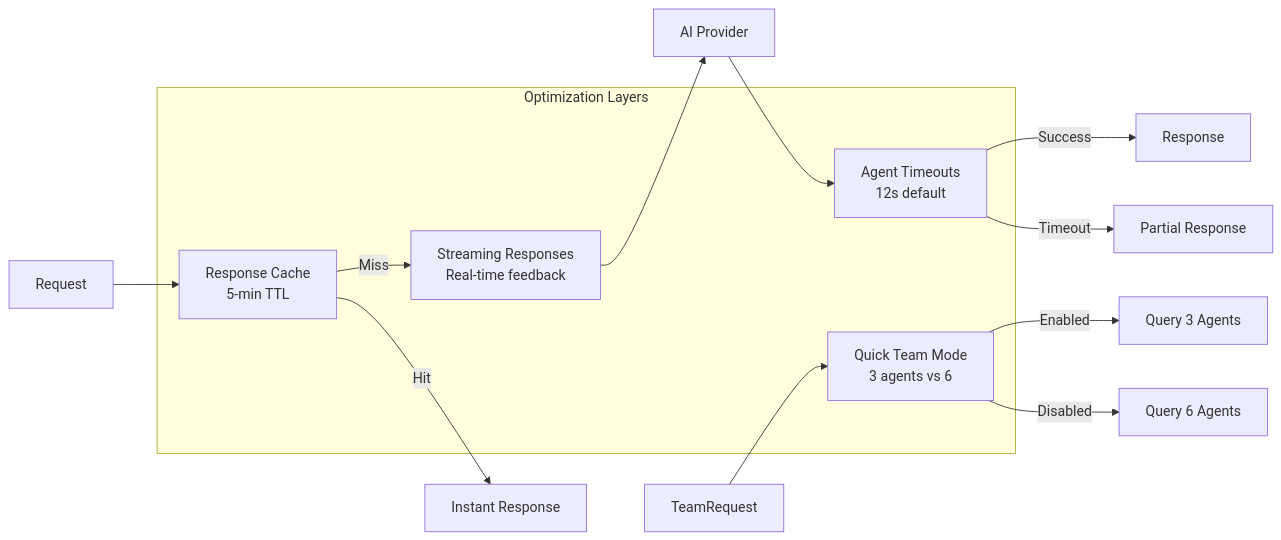
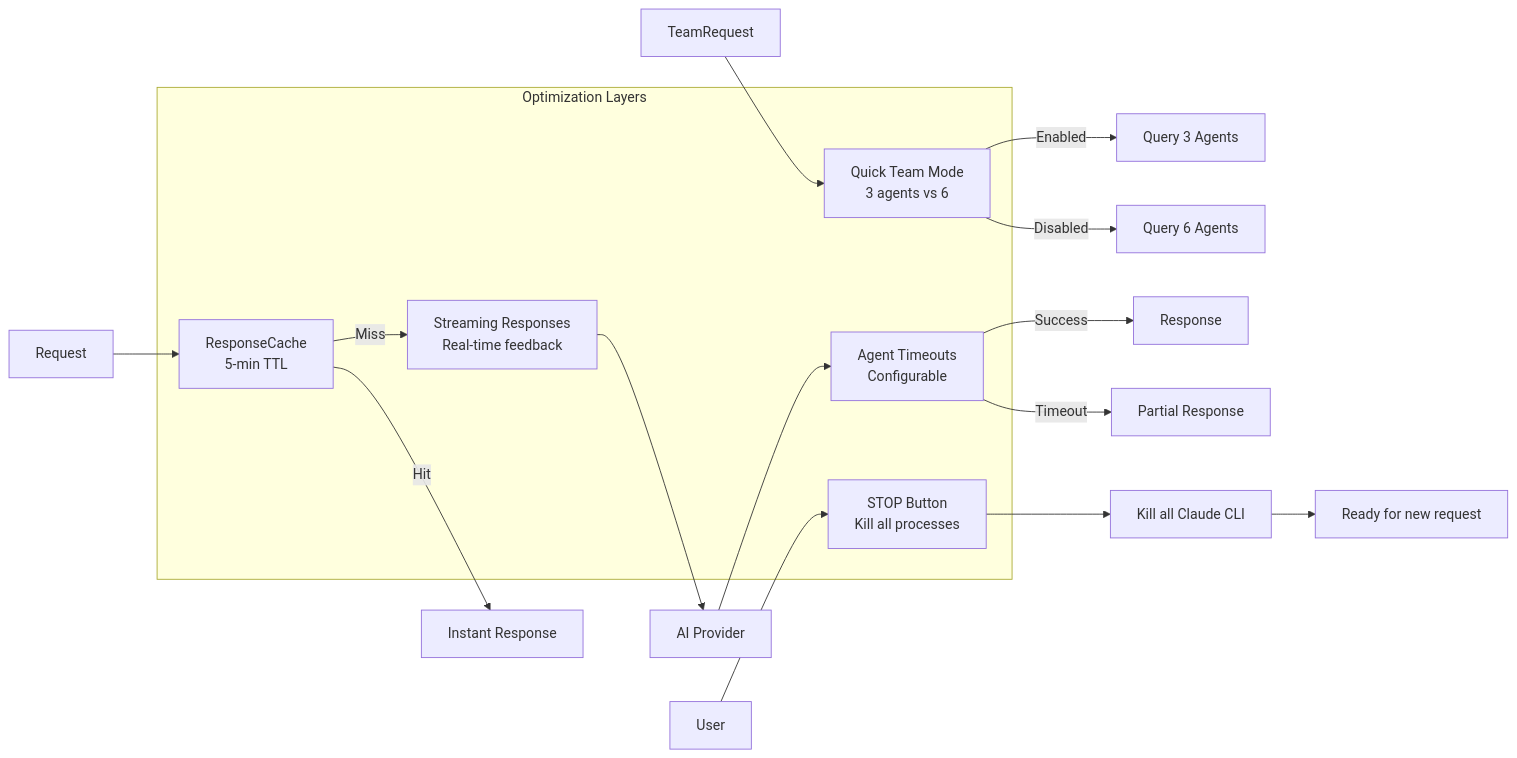
One commit to craig-yappert/multi-agent-chat-extension changed the sixth of 6 diagrams in docs/ARCHITECTURE_DIAGRAM.md. Above: the diagram before and after it, drawn with Mermaid. The commit also changed other lines of this file, not shown here.

First line of the commit message:
docs: Update ARCHITECTURE_DIAGRAM.md to v1.13.0 accuracy

````diff
--- a/docs/ARCHITECTURE_DIAGRAM.md
+++ b/docs/ARCHITECTURE_DIAGRAM.md
@@ -239,22 +288,27 @@
 ```mermaid
 graph LR
     subgraph "Optimization Layers"
-        Cache[Response Cache<br/>5-min TTL]
+        Cache[ResponseCache<br/>5-min TTL]
         Stream[Streaming Responses<br/>Real-time feedback]
         Quick[Quick Team Mode<br/>3 agents vs 6]
-        Timeout[Agent Timeouts<br/>12s default]
+        Timeout[Agent Timeouts<br/>Configurable]
+        STOP[STOP Button<br/>Kill all processes]
     end
 
     Request --> Cache
     Cache -->|Hit| FastResponse[Instant Response]
     Cache -->|Miss| Stream
     Stream --> Provider[AI Provider]
 
     TeamRequest --> Quick
     Quick -->|Enabled| ThreeAgents[Query 3 Agents]
     Quick -->|Disabled| AllAgents[Query 6 Agents]
 
     Provider --> Timeout
     Timeout -->|Success| Response
-    Timeout -->|Timeout| Fallback[Partial Response]
+    Timeout -->|Timeout| PartialResponse[Partial Response]
+
+    User --> STOP
+    STOP --> KillProcesses[Kill all Claude CLI]
+    KillProcesses --> CleanState[Ready for new request]
 ```
````
